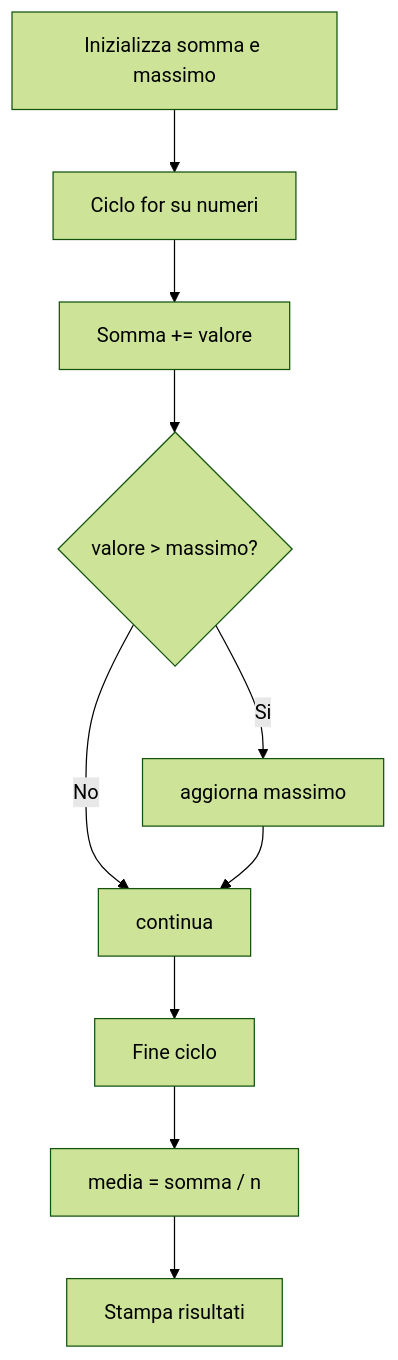
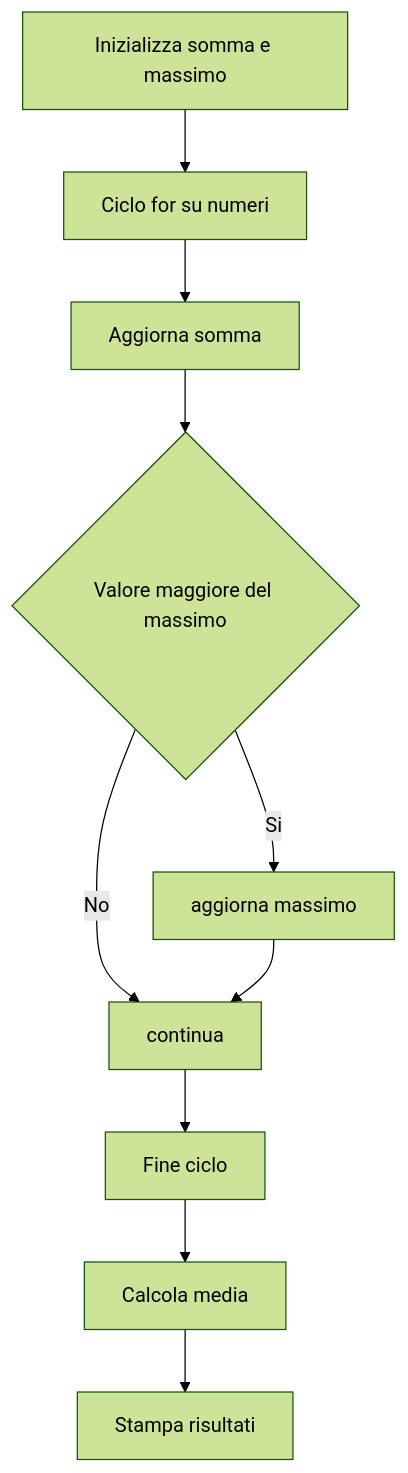
Before and after one commit to lucadagati/Lab_Fondamenti_di_Informatica_25_26: the fourth of 20 diagrams in 04-python-jupyter-analisi-biomedica/README.md, drawn with Mermaid (forest theme). The commit also changed other lines of this file, not shown here.

First line of the commit message:
Fix Mermaid labels for GitHub parser compatibility

````diff
--- a/04-python-jupyter-analisi-biomedica/README.md
+++ b/04-python-jupyter-analisi-biomedica/README.md
@@ -114,12 +114,12 @@
 ```mermaid
 flowchart TD
     A[Inizializza somma e massimo] --> B[Ciclo for su numeri]
-    B --> C[Somma += valore]
-    C --> D{valore > massimo?}
+    B --> C[Aggiorna somma]
+    C --> D{Valore maggiore del massimo}
     D -- Si --> E[aggiorna massimo]
     D -- No --> F[continua]
     E --> F
     F --> G[Fine ciclo]
-    G --> H[media = somma / n]
+    G --> H[Calcola media]
     H --> I[Stampa risultati]
 ```
````
